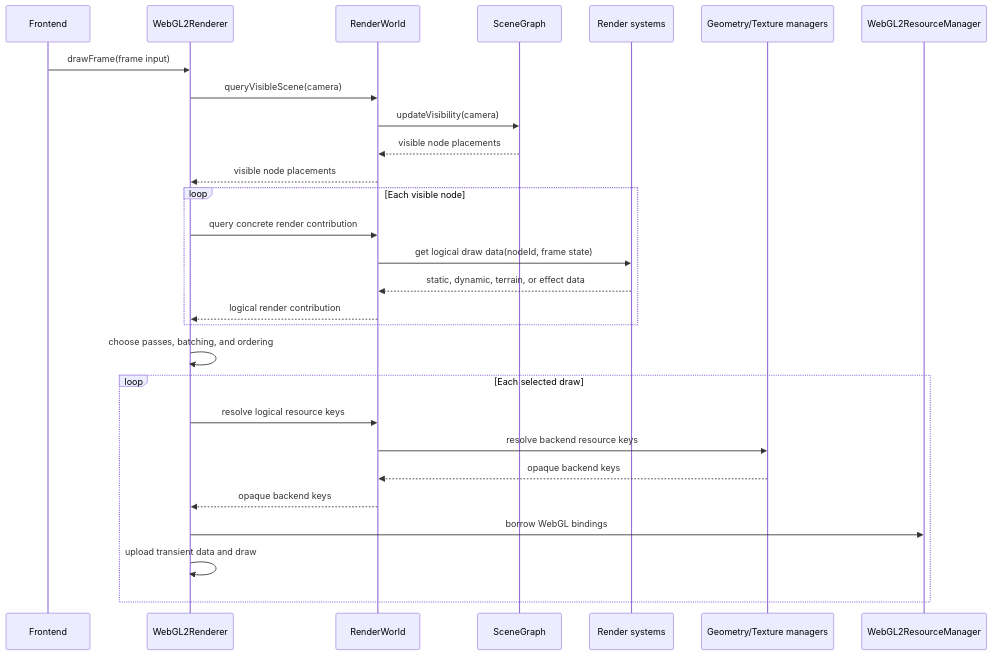
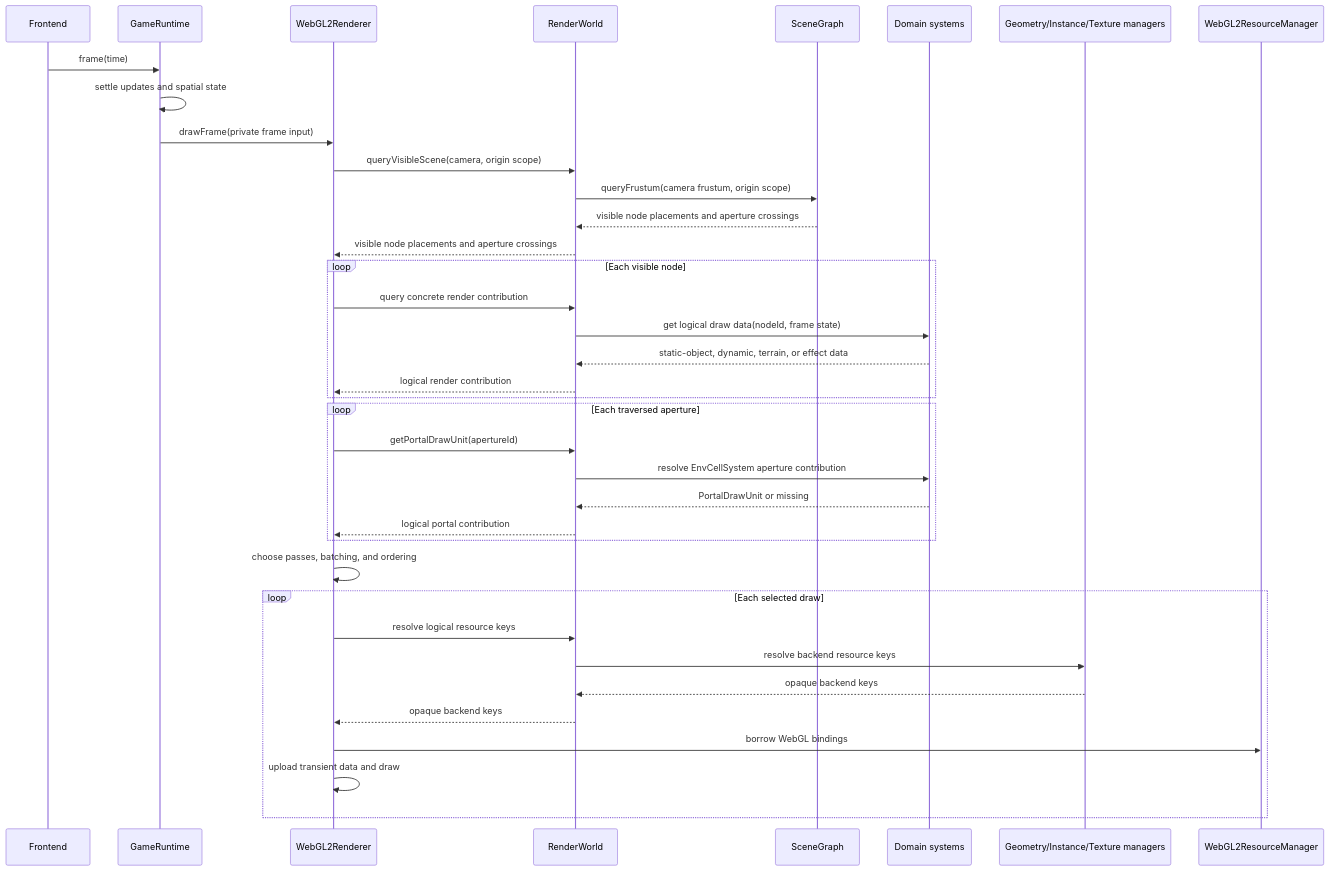
One commit to merklejerk/holtburger changed the sixth of 8 diagrams in docs/plans/holtburger-3d-render-systems-ecs-pivot-scoping.md. Above: the diagram before and after it, drawn with Mermaid. The commit also changed other lines of this file, not shown here.

````diff
--- a/docs/plans/holtburger-3d-render-systems-ecs-pivot-scoping.md
+++ b/docs/plans/holtburger-3d-render-systems-ecs-pivot-scoping.md
@@ -301,31 +725,40 @@
 ```mermaid
 sequenceDiagram
     participant Frontend
+    participant Runtime as GameRuntime
     participant Renderer as WebGL2Renderer
     participant World as RenderWorld
     participant Scene as SceneGraph
-    participant Systems as Render systems
-    participant Managers as Geometry/Texture managers
+    participant Systems as Domain systems
+    participant Managers as Geometry/Instance/Texture managers
     participant Backend as WebGL2ResourceManager
 
-    Frontend->>Renderer: drawFrame(frame input)
-    Renderer->>World: queryVisibleScene(camera)
-    World->>Scene: updateVisibility(camera)
-    Scene-->>World: visible node placements
-    World-->>Renderer: visible node placements
+    Frontend->>Runtime: frame(time)
+    Runtime->>Runtime: settle updates and spatial state
+    Runtime->>Renderer: drawFrame(private frame input)
+    Renderer->>World: queryVisibleScene(camera, origin scope)
+    World->>Scene: queryFrustum(camera frustum, origin scope)
+    Scene-->>World: visible node placements and aperture crossings
+    World-->>Renderer: visible node placements and aperture crossings
     loop Each visible node
         Renderer->>World: query concrete render contribution
         World->>Systems: get logical draw data(nodeId, frame state)
-        Systems-->>World: static, dynamic, terrain, or effect data
+        Systems-->>World: static-object, dynamic, terrain, or effect data
         World-->>Renderer: logical render contribution
+    end
+    loop Each traversed aperture
+        Renderer->>World: getPortalDrawUnit(apertureId)
+        World->>Systems: resolve EnvCellSystem aperture contribution
+        Systems-->>World: PortalDrawUnit or missing
+        World-->>Renderer: logical portal contribution
     end
     Renderer->>Renderer: choose passes, batching, and ordering
     loop Each selected draw
         Renderer->>World: resolve logical resource keys
         World->>Managers: resolve backend resource keys
         Managers-->>World: opaque backend keys
         World-->>Renderer: opaque backend keys
         Renderer->>Backend: borrow WebGL bindings
         Renderer->>Renderer: upload transient data and draw
     end
 ```
````
